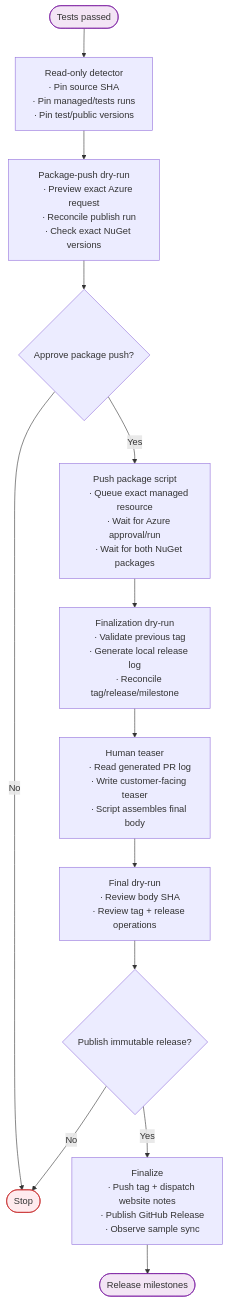
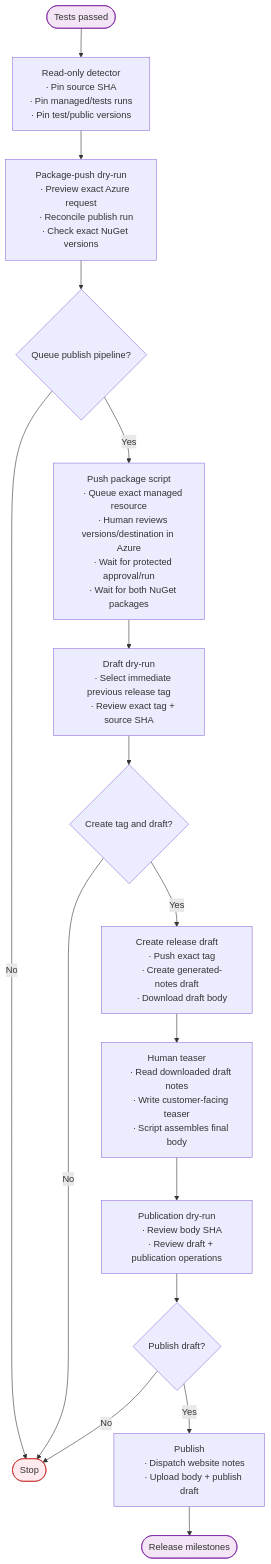
The third of 4 diagrams in documentation/dev/releasing.md (mono/SkiaSharp), drawn with Mermaid before and after one commit. The commit also changed other lines of this file and 13 other files, not shown here.

First line of the commit message:
Split release draft from publication

````diff
--- a/documentation/dev/releasing.md
+++ b/documentation/dev/releasing.md
@@ -318,40 +323,45 @@
 ```mermaid
 flowchart TB
     START([Tests passed]) --> DETECT
     DETECT["Read-only detector
     ∙ Pin source SHA
     ∙ Pin managed/tests runs
     ∙ Pin test/public versions"] --> PUSH_AUDIT
     PUSH_AUDIT["Package-push dry-run
     ∙ Preview exact Azure request
     ∙ Reconcile publish run
-    ∙ Check exact NuGet versions"] --> APPROVE1{Approve package push?}
+    ∙ Check exact NuGet versions"] --> APPROVE1{Queue publish pipeline?}
     APPROVE1 -->|No| STOP([Stop])
     APPROVE1 -->|Yes| PUSH
     PUSH["Push package script
     ∙ Queue exact managed resource
-    ∙ Wait for Azure approval/run
-    ∙ Wait for both NuGet packages"] --> FINAL_AUDIT1
-    FINAL_AUDIT1["Finalization dry-run
-    ∙ Validate previous tag
-    ∙ Generate local release log
-    ∙ Reconcile tag/release/milestone"] --> TEASER
+    ∙ Human reviews versions/destination in Azure
+    ∙ Wait for protected approval/run
+    ∙ Wait for both NuGet packages"] --> DRAFT_AUDIT
+    DRAFT_AUDIT["Draft dry-run
+    ∙ Select immediate previous release tag
+    ∙ Review exact tag + source SHA"] --> APPROVE2{Create tag and draft?}
+    APPROVE2 -->|No| STOP
+    APPROVE2 -->|Yes| DRAFT
+    DRAFT["Create release draft
+    ∙ Push exact tag
+    ∙ Create generated-notes draft
+    ∙ Download draft body"] --> TEASER
     TEASER["Human teaser
-    ∙ Read generated PR log
+    ∙ Read downloaded draft notes
     ∙ Write customer-facing teaser
-    ∙ Script assembles final body"] --> FINAL_AUDIT
-    FINAL_AUDIT["Final dry-run
+    ∙ Script assembles final body"] --> PUBLICATION_AUDIT
+    PUBLICATION_AUDIT["Publication dry-run
     ∙ Review body SHA
-    ∙ Review tag + release operations"] --> APPROVE2{Publish immutable release?}
-    APPROVE2 -->|No| STOP
-    APPROVE2 -->|Yes| FINALIZE
-    FINALIZE["Finalize
-    ∙ Push tag + dispatch website notes
-    ∙ Publish GitHub Release
-    ∙ Observe sample sync"] --> HANDOFF([Release milestones])
+    ∙ Review draft + publication operations"] --> APPROVE3{Publish draft?}
+    APPROVE3 -->|No| STOP
+    APPROVE3 -->|Yes| PUBLISH
+    PUBLISH["Publish
+    ∙ Dispatch website notes
+    ∙ Upload body + publish draft"] --> HANDOFF([Release milestones])
 
     classDef error fill:#ffebee,stroke:#c62828
     classDef endpoint fill:#f3e5f5,stroke:#7b1fa2
     class STOP error
     class START,HANDOFF endpoint
 ```
````
